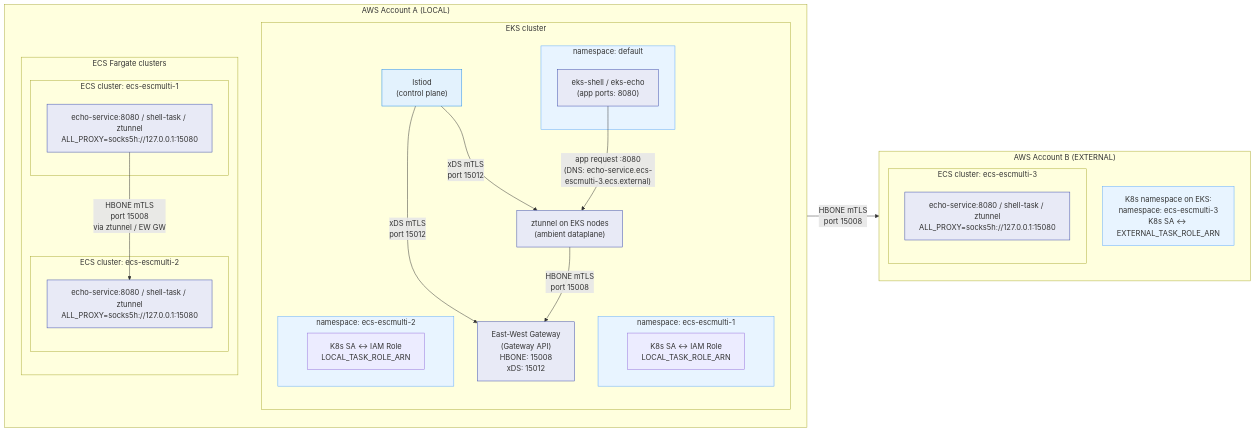
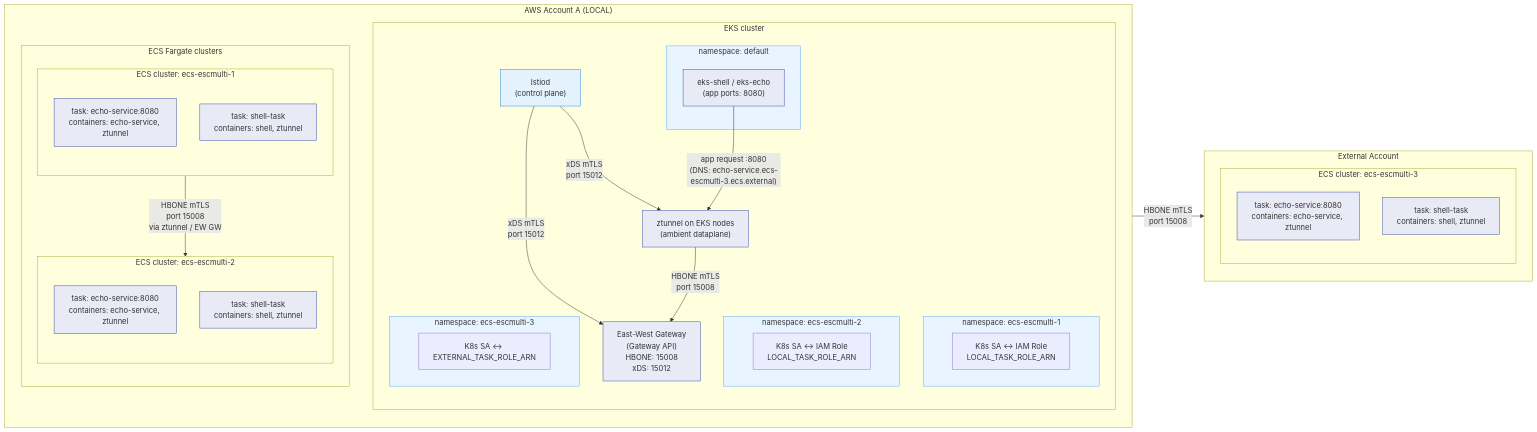
Before and after one commit to LutzLange/ecs-multi-account-demo: the diagram in Readme.md, drawn with Mermaid.

Commit message:
Update Readme with account and task descriptions

```diff
--- a/Readme.md
+++ b/Readme.md
@@ -32,7 +32,7 @@
 classDef cp fill:#E3F2FD,stroke:#1E88E5,stroke-width:1px
 classDef dp fill:#E8EAF6,stroke:#3949AB,stroke-width:1px
 
-%% AWS LOCAL
+%% LOCAL ACCOUNT
 subgraph AWS_LOCAL["AWS Account A (LOCAL)"]
   direction TB
 
@@ -61,45 +61,56 @@
     subgraph NS_ECS2["namespace: ecs-escmulti-2"]
       NSA2["K8s SA ↔ IAM Role<br/>LOCAL_TASK_ROLE_ARN"]
     end
+
+    %% Namespace that represents services in the External Account
+    subgraph NS_ECS3["namespace: ecs-escmulti-3"]
+      NS_ECS3_DESC["K8s SA ↔ EXTERNAL_TASK_ROLE_ARN"]
+    end
   end
 
-  %% ECS clusters LOCAL
+  %% ECS clusters in LOCAL account
   subgraph ECS_LOCAL["ECS Fargate clusters"]
     direction TB
 
     subgraph ECS1["ECS cluster: ecs-escmulti-1"]
-      ECS1Tasks["echo-service:8080 / shell-task / ztunnel<br/>ALL_PROXY=socks5h://127.0.0.1:15080"]
-      class ECS1Tasks dp
+      direction TB
+      ECS1Echo["task: echo-service:8080<br/>containers: echo-service, ztunnel"]
+      ECS1Shell["task: shell-task<br/>containers: shell, ztunnel"]
+      class ECS1Echo,ECS1Shell dp
     end
 
     subgraph ECS2["ECS cluster: ecs-escmulti-2"]
-      ECS2Tasks["echo-service:8080 / shell-task / ztunnel<br/>ALL_PROXY=socks5h://127.0.0.1:15080"]
-      class ECS2Tasks dp
+      direction TB
+      ECS2Echo["task: echo-service:8080<br/>containers: echo-service, ztunnel"]
+      ECS2Shell["task: shell-task<br/>containers: shell, ztunnel"]
+      class ECS2Echo,ECS2Shell dp
     end
   end
 end
 
-%% AWS EXTERNAL
-subgraph AWS_EXT["AWS Account B (EXTERNAL)"]
+%% EXTERNAL ACCOUNT
+subgraph AWS_EXT["External Account"]
   direction TB
 
   subgraph ECS3["ECS cluster: ecs-escmulti-3"]
-    ECS3Tasks["echo-service:8080 / shell-task / ztunnel<br/>ALL_PROXY=socks5h://127.0.0.1:15080"]
-    class ECS3Tasks dp
+    direction TB
+    ECS3Echo["task: echo-service:8080<br/>containers: echo-service, ztunnel"]
+    ECS3Shell["task: shell-task<br/>containers: shell, ztunnel"]
+    class ECS3Echo,ECS3Shell dp
   end
-
-  NS_ECS3["K8s namespace on EKS:<br/>namespace: ecs-escmulti-3<br/>K8s SA ↔ EXTERNAL_TASK_ROLE_ARN"]
 end
 
-%% Data-plane + control-plane flows
+%% Control-plane flows
 Istiod -->|"xDS mTLS<br/>port 15012"| EWGW
 Istiod -->|"xDS mTLS<br/>port 15012"| ZtEKS
 
+%% Data-plane path (EKS pod -> External Account echo-service)
 EKSClient -->|"app request :8080<br/>(DNS: echo-service.ecs-escmulti-3.ecs.external)"| ZtEKS
 ZtEKS -->|"HBONE mTLS<br/>port 15008"| EWGW
-EWGW -->|"HBONE mTLS<br/>port 15008"| ECS3Tasks
+EWGW -->|"HBONE mTLS<br/>port 15008"| ECS3Echo
 
-ECS1Tasks -->|"HBONE mTLS<br/>port 15008<br/>via ztunnel / EW GW"| ECS2Tasks
+%% Local ECS↔ECS via mesh (conceptual)
+ECS1Echo -->|"HBONE mTLS<br/>port 15008<br/>via ztunnel / EW GW"| ECS2Echo
 
 %% Apply namespace color
 class NS_DEFAULT,NS_ECS1,NS_ECS2,NS_ECS3 ns
```
